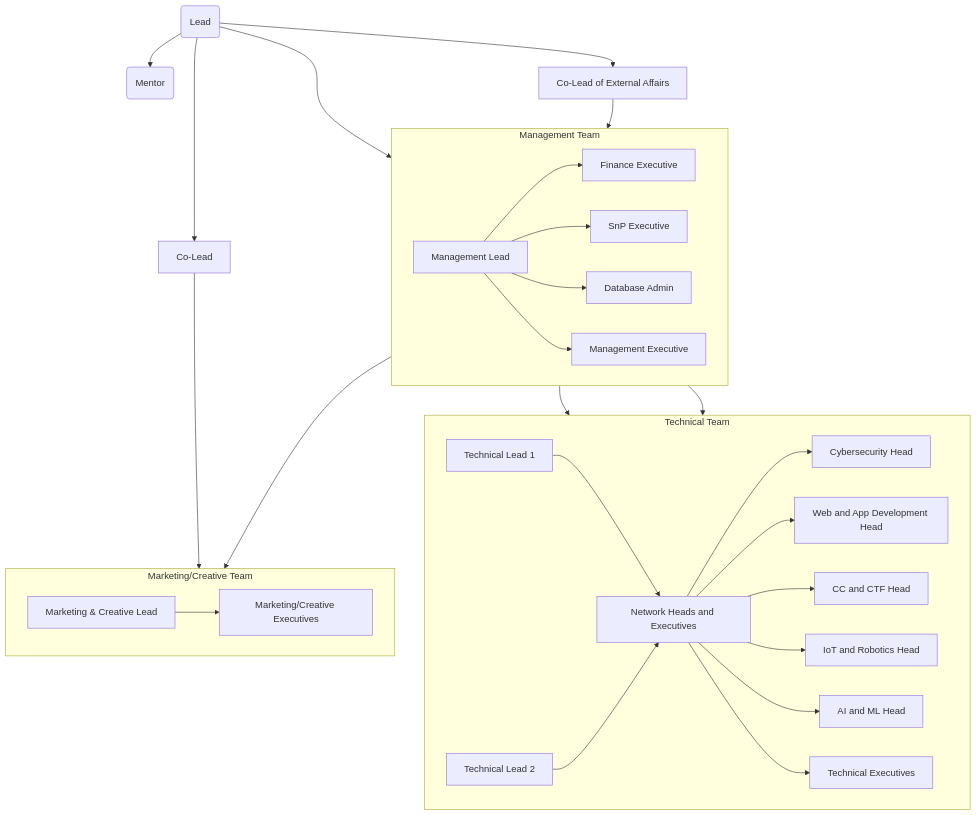
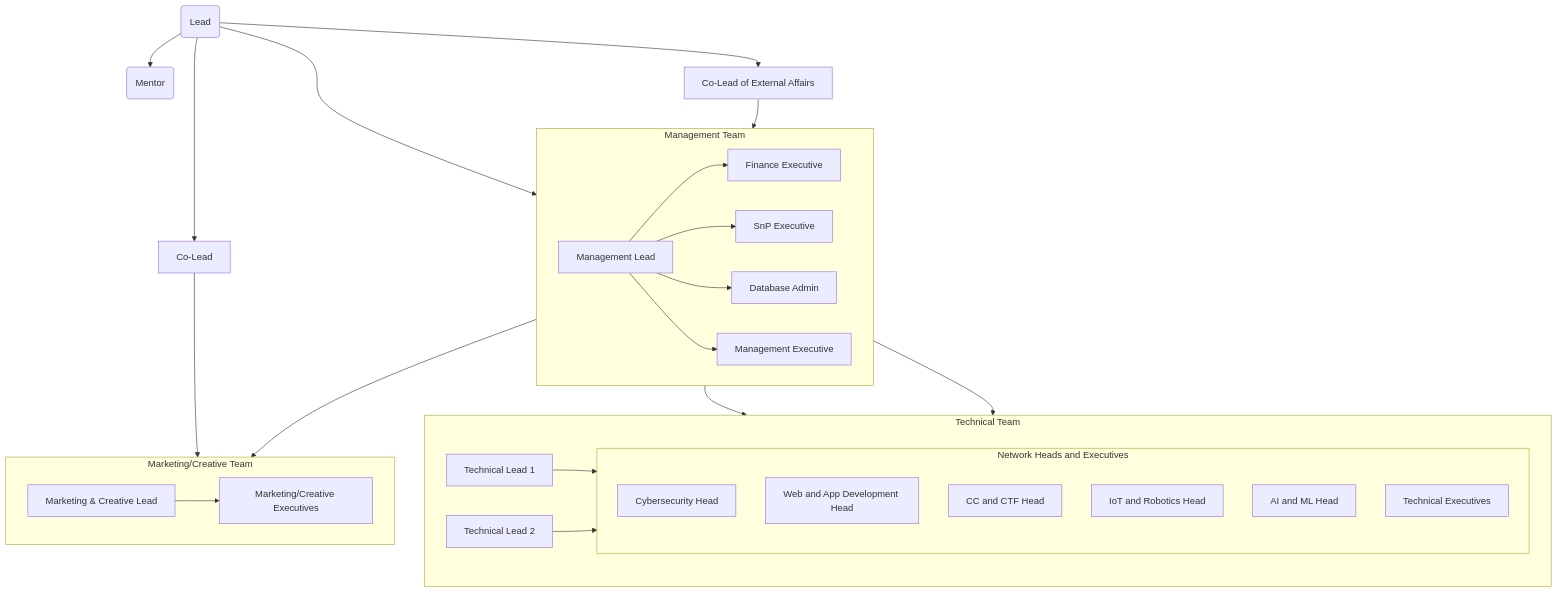
Before and after one commit to gdscbpdc/GDSC-SnP: the diagram in docs/council_structure.md, drawn with Mermaid.

````diff
--- a/docs/council_structure.md
+++ b/docs/council_structure.md
@@ -1,38 +1,41 @@
 ```mermaid
 flowchart TD
     LE("Lead") --> CO["Co-Lead"]
     LE --> ME("Mentor")
     LE --> MGMT["Management Lead"]
     LE --> EX["Co-Lead of External Affairs"]
     MGMT --> TE1["Technical Lead 1"]
     MGMT --> TE2["Technical Lead 2"]
     MGMT --> MC["Marketing & Creative Lead"]
 
     CO --> MC
     EX --> MGMT
 
     subgraph Management Team
         direction LR
         MGMT --> MG1["Finance Executive"]
         MGMT --> MG2["SnP Executive"]
         MGMT --> MG3["Database Admin"]
         MGMT --> MG4["Management Executive"]
     end
 
     subgraph Technical Team
         direction LR
-        TE1 --> TSH["Network Heads and Executives"]
+        TE1 --> TSH
         TE2 --> TSH
-        TSH --> TH1["Cybersecurity Head"]
-        TSH --> TH2["Web and App Development Head"]
-        TSH --> TH3["CC and CTF Head"]
-        TSH --> TH4["IoT and Robotics Head"]
-        TSH --> TH5["AI and ML Head"]
-        TSH --> TH6["Technical Executives"]
+        subgraph TSH["`Network Heads and Executives`"]
+            direction TB
+            TH1["Cybersecurity Head"]
+            TH2["Web and App Development Head"]
+            TH3["CC and CTF Head"]
+            TH4["IoT and Robotics Head"]
+            TH5["AI and ML Head"]
+            TH6["Technical Executives"]
+        end
     end
 
     subgraph Marketing/Creative Team
         direction LR
         MC --> TMC1["Marketing/Creative Executives"]
     end
 ```
````
